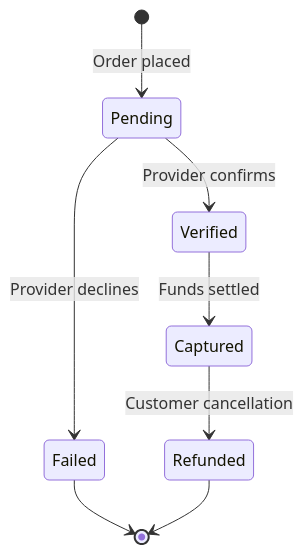
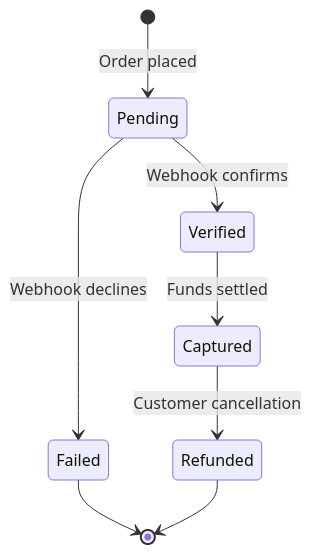
The diagram in docs/processes/02-payment.md (kenayah/soulFood), drawn with Mermaid before and after one commit. The commit also changed other lines of this file and 17 other files, not shown here.

````diff
--- a/docs/processes/02-payment.md
+++ b/docs/processes/02-payment.md
@@ -30,10 +43,10 @@
 ```mermaid
 stateDiagram-v2
     [*] --> Pending: Order placed
-    Pending --> Verified: Provider confirms
-    Pending --> Failed: Provider declines
+    Pending --> Verified: Webhook confirms
+    Pending --> Failed: Webhook declines
     Verified --> Captured: Funds settled
     Captured --> Refunded: Customer cancellation
     Failed --> [*]
     Refunded --> [*]
 ```
````
